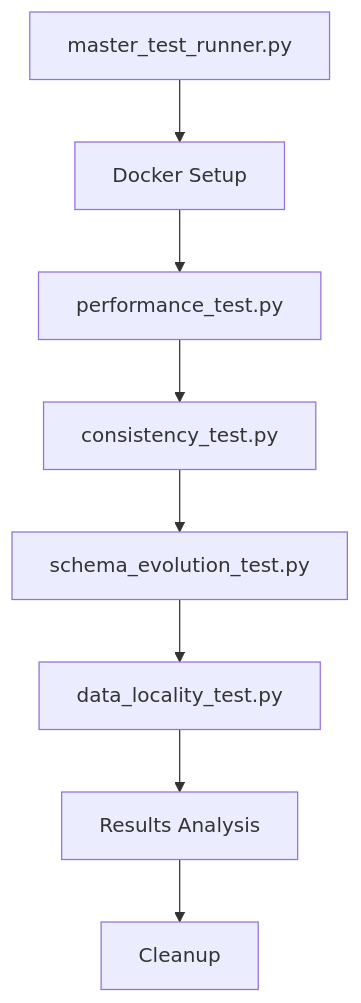
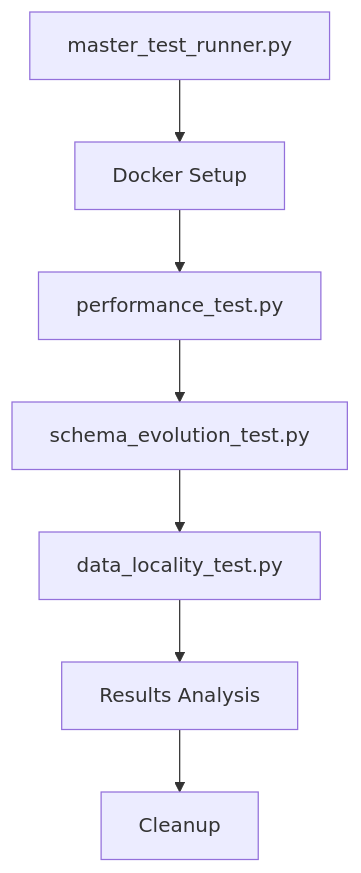
Before and after one commit to Tinkermannn/GROUP-12-K1: the diagram in README.md, drawn with Mermaid. The commit also changed other lines of this file, not shown here.

````diff
--- a/README.md
+++ b/README.md
@@ -387,10 +363,9 @@
 ```mermaid
 graph TD
     A[master_test_runner.py] --> B[Docker Setup]
     B --> C[performance_test.py]
-    C --> D[consistency_test.py]
-    D --> E[schema_evolution_test.py]
-    E --> F[data_locality_test.py]
-    F --> G[Results Analysis]
-    G --> H[Cleanup]
+    C --> D[schema_evolution_test.py]
+    D --> E[data_locality_test.py]
+    E --> F[Results Analysis]
+    F --> G[Cleanup]
 ```
````
